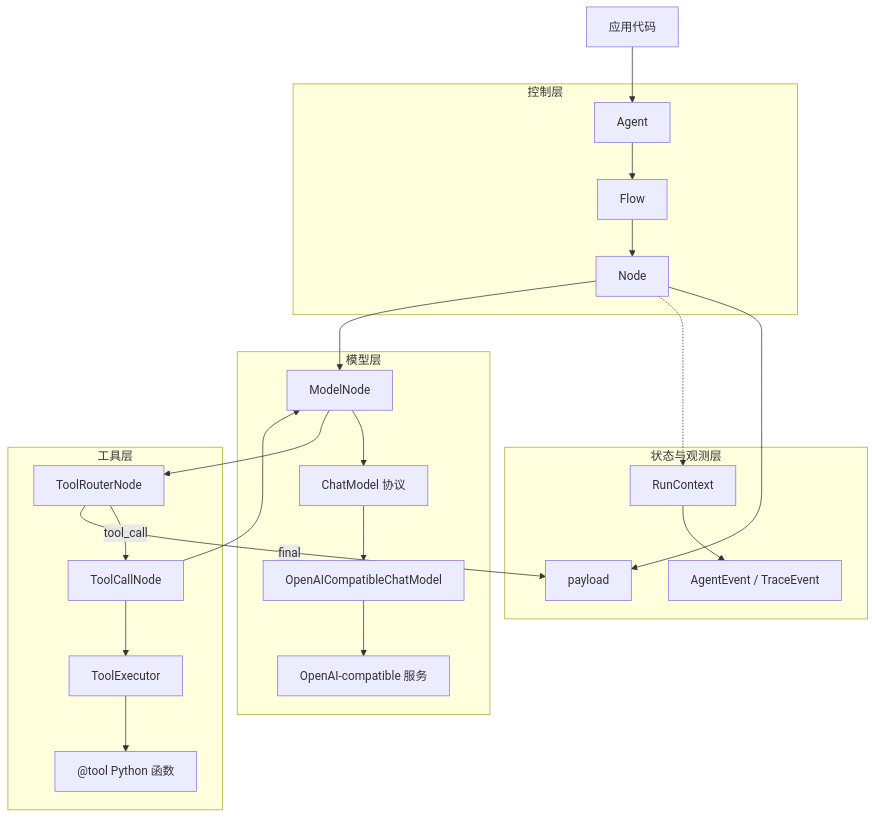
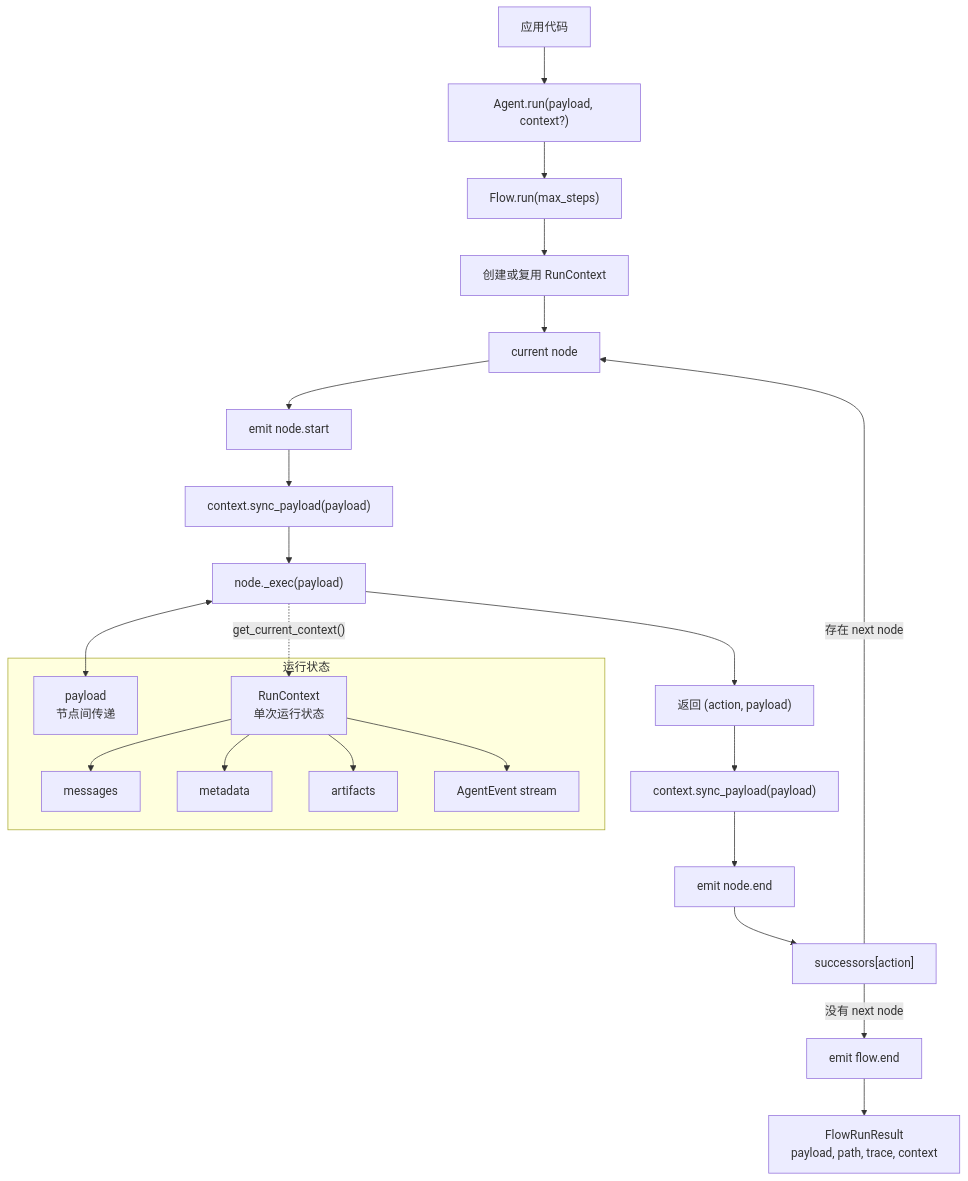
The first of 2 diagrams in README.zh-CN.md (Lancetwang/agent-core-runtime), drawn with Mermaid before and after one commit. The commit also changed other lines of this file and 7 other files, not shown here.

````diff
--- a/README.zh-CN.md
+++ b/README.zh-CN.md
@@ -22,42 +22,34 @@
 ```mermaid
 flowchart TD
-    App["应用代码"] --> Agent["Agent"]
-    Agent --> Flow["Flow"]
-    Flow --> Node["Node"]
+    App["应用代码"] --> AgentRun["Agent.run(payload, context?)"]
+    AgentRun --> FlowRun["Flow.run(max_steps)"]
+    FlowRun --> InitContext["创建或复用 RunContext"]
+    InitContext --> PickNode["current node"]
 
-    subgraph Control["控制层"]
-        Agent
-        Flow
-        Node
+    PickNode --> StartEvent["emit node.start"]
+    StartEvent --> SyncBefore["context.sync_payload(payload)"]
+    SyncBefore --> Exec["node._exec(payload)"]
+    Exec --> Result["返回 (action, payload)"]
+    Result --> SyncAfter["context.sync_payload(payload)"]
+    SyncAfter --> EndEvent["emit node.end"]
+    EndEvent --> NextNode["successors[action]"]
+    NextNode -->|"存在 next node"| PickNode
+    NextNode -->|"没有 next node"| FlowEnd["emit flow.end"]
+    FlowEnd --> RunResult["FlowRunResult<br/>payload, path, trace, context"]
+
+    subgraph State["运行状态"]
+        Payload["payload<br/>节点间传递"]
+        Context["RunContext<br/>单次运行状态"]
+        Messages["messages"]
+        Metadata["metadata"]
+        Artifacts["artifacts"]
+        Events["AgentEvent stream"]
     end
 
-    subgraph State["状态与观测层"]
-        Payload["payload"]
-        Context["RunContext"]
-        Events["AgentEvent / TraceEvent"]
-    end
-
-    subgraph Model["模型层"]
-        ModelNode["ModelNode"]
-        ChatModel["ChatModel 协议"]
-        OpenAIAdapter["OpenAICompatibleChatModel"]
-        Provider["OpenAI-compatible 服务"]
-    end
-
-    subgraph Tooling["工具层"]
-        ToolRouter["ToolRouterNode"]
-        ToolCall["ToolCallNode"]
-        Executor["ToolExecutor"]
-        ToolFns["@tool Python 函数"]
-    end
-
-    Node --> Payload
-    Node -.-> Context
+    Exec <--> Payload
+    Exec -. "get_current_context()" .-> Context
+    Context --> Messages
+    Context --> Metadata
+    Context --> Artifacts
     Context --> Events
-    Node --> ModelNode
-    ModelNode --> ChatModel --> OpenAIAdapter --> Provider
-    ModelNode --> ToolRouter
-    ToolRouter -->|"tool_call"| ToolCall --> Executor --> ToolFns
-    ToolCall --> ModelNode
-    ToolRouter -->|"final"| Payload
 ```
````
